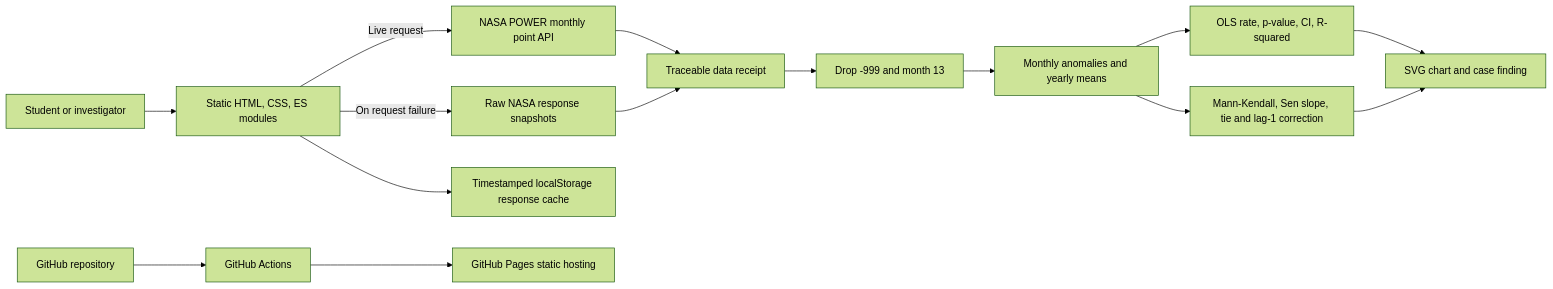
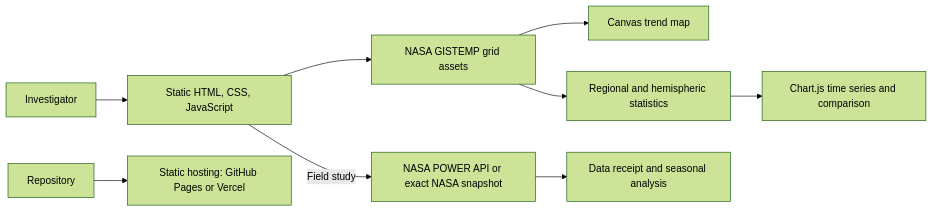
Before and after one commit to itsmeprathmesh/Earth-System-Trend-Detective: the diagram in README.md, drawn with Mermaid (forest theme). The commit also changed other lines of this file and 15 other files, not shown here.

Commit message:
Nasa power live inputs

````diff
--- a/README.md
+++ b/README.md
@@ -26,17 +26,11 @@
 ```mermaid
 flowchart LR
-    Person[Student or investigator] --> Site[Static HTML, CSS, ES modules]
-    Site -->|Live request| Power[NASA POWER monthly point API]
-    Site -->|On request failure| Snapshot[Raw NASA response snapshots]
-    Power --> Receipt[Traceable data receipt]
-    Snapshot --> Receipt
-    Receipt --> Clean[Drop -999 and month 13]
-    Clean --> Stats[Monthly anomalies and yearly means]
-    Stats --> OLS[OLS rate, p-value, CI, R-squared]
-    Stats --> MK[Mann-Kendall, Sen slope, tie and lag-1 correction]
-    OLS --> View[SVG chart and case finding]
-    MK --> View
-    Site --> Cache[Timestamped localStorage response cache]
-    Repo[GitHub repository] --> Actions[GitHub Actions]
-    Actions --> Pages[GitHub Pages static hosting]
+    Person[Investigator] --> Site[Static HTML, CSS, JavaScript]
+    Site --> GISTEMP[NASA GISTEMP grid assets]
+    GISTEMP --> Map[Canvas trend map]
+    GISTEMP --> Stats[Regional and hemispheric statistics]
+    Stats --> Chart[Chart.js time series and comparison]
+    Site -->|Field study| POWER[NASA POWER API or exact NASA snapshot]
+    POWER --> Receipt[Data receipt and seasonal analysis]
+    Repo[Repository] --> Hosting[Static hosting: GitHub Pages or Vercel]
 ```
````
